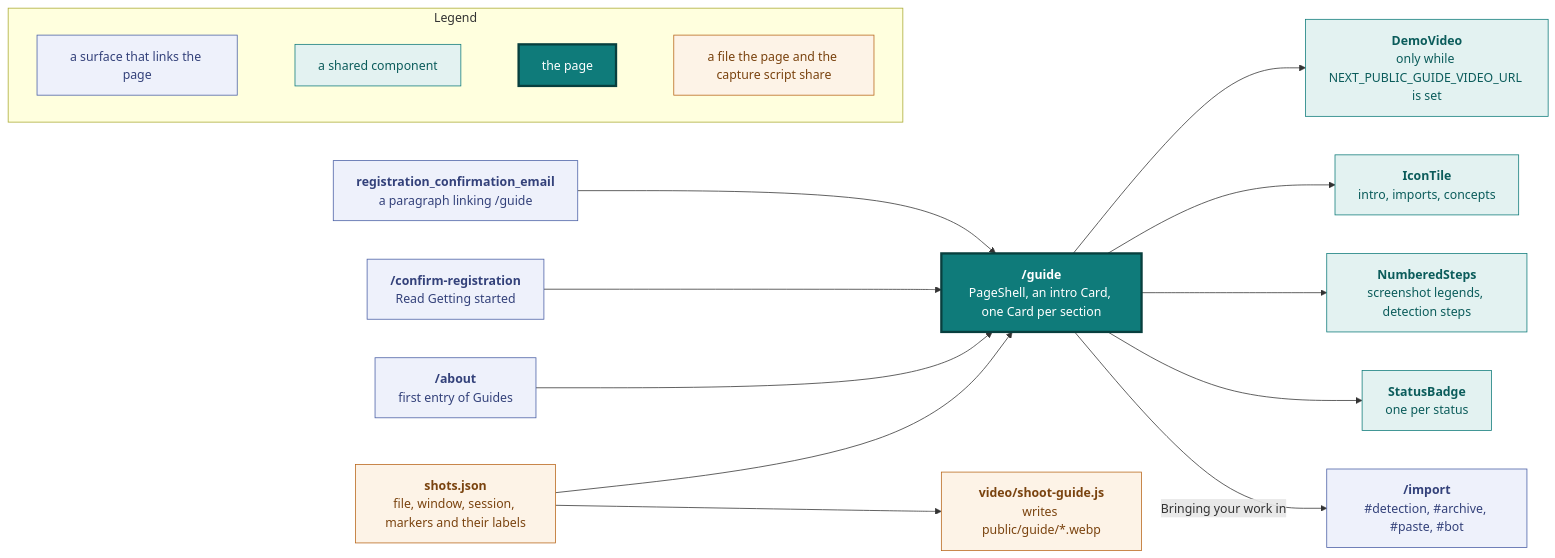
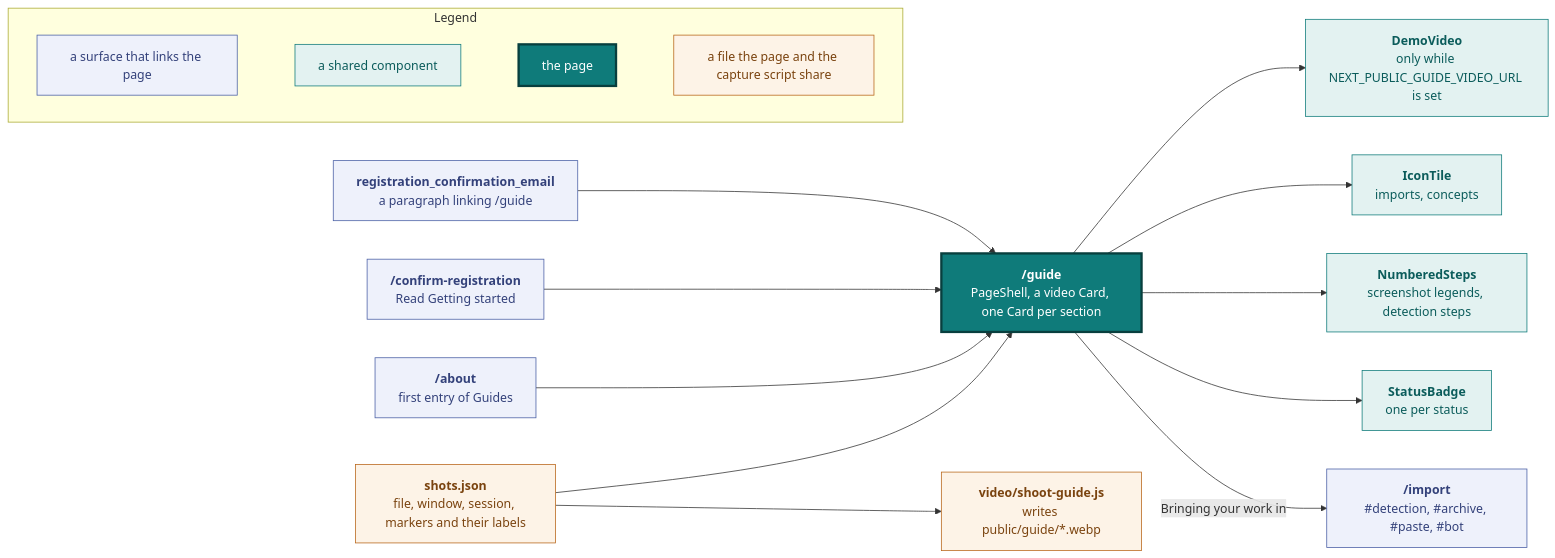
One commit to vidithq/vidit changed the third of 12 diagrams in docs/design.md. Above: the diagram before and after it, drawn with Mermaid. The commit also changed other lines of this file and 2 other files, not shown here.

Commit message:
feat(guide): drop the intro tile row

````diff
--- a/docs/design.md
+++ b/docs/design.md
@@ -364,50 +364,50 @@
 ```mermaid
 flowchart LR
   classDef spec fill:#eef1fb,stroke:#4a5fa5,color:#33417a
   classDef shared fill:#e3f2f1,stroke:#0f7b7a,color:#0b5c5b
   classDef core fill:#0f7b7a,stroke:#083f3e,stroke-width:3px,color:#ffffff
   classDef data fill:#fdf3e7,stroke:#b8661a,color:#7a430f
 
   subgraph legend [Legend]
     direction LR
     l1["`a surface that links the page`"]:::spec
     l2["`a shared component`"]:::shared
     l3["`the page`"]:::core
     l4["`a file the page and the capture script share`"]:::data
     l1 ~~~ l2 ~~~ l3 ~~~ l4
   end
 
   email["`**registration_confirmation_email**
   a paragraph linking /guide`"]:::spec
   confirm["`**/confirm-registration**
   Read Getting started`"]:::spec
   about["`**/about**
   first entry of Guides`"]:::spec
   page["`**/guide**
-  PageShell, an intro Card, one Card per section`"]:::core
+  PageShell, a video Card, one Card per section`"]:::core
   video["`**DemoVideo**
   only while NEXT_PUBLIC_GUIDE_VIDEO_URL is set`"]:::shared
   tiles["`**IconTile**
-  intro, imports, concepts`"]:::shared
+  imports, concepts`"]:::shared
   steps["`**NumberedSteps**
   screenshot legends, detection steps`"]:::shared
   badge["`**StatusBadge**
   one per status`"]:::shared
   shots["`**shots.json**
   file, window, session, markers and their labels`"]:::data
   script["`**video/shoot-guide.js**
   writes public/guide/*.webp`"]:::data
   imp["`**/import**
   #detection, #archive, #paste, #bot`"]:::spec
 
   email --> page
   confirm --> page
   about --> page
   page --> video
   page --> tiles
   page --> steps
   page --> badge
   shots --> page
   shots --> script
   page -->|"Bringing your work in"| imp
 ```
````
